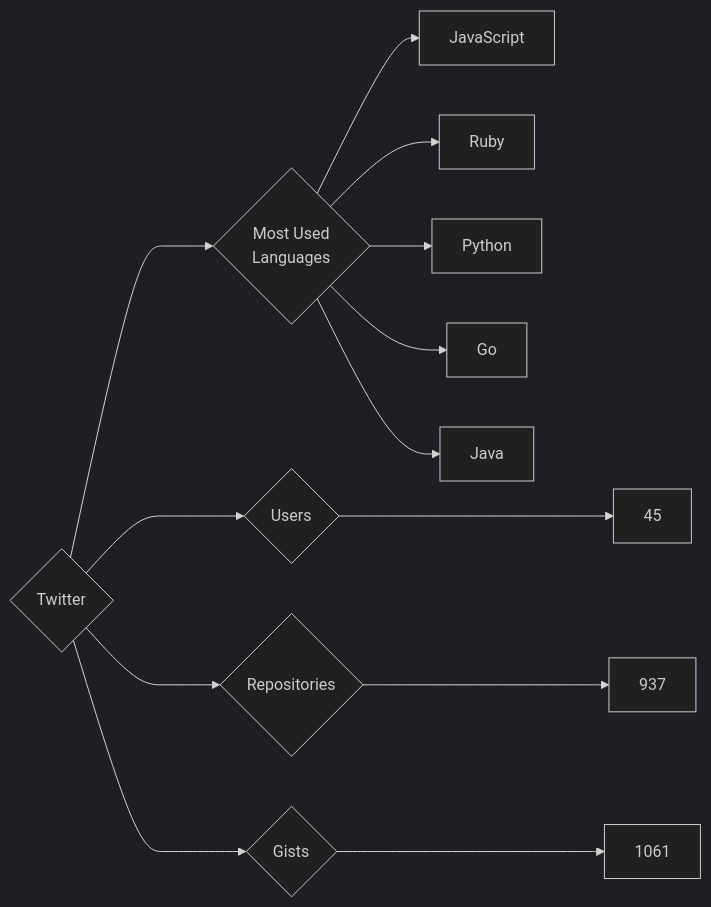
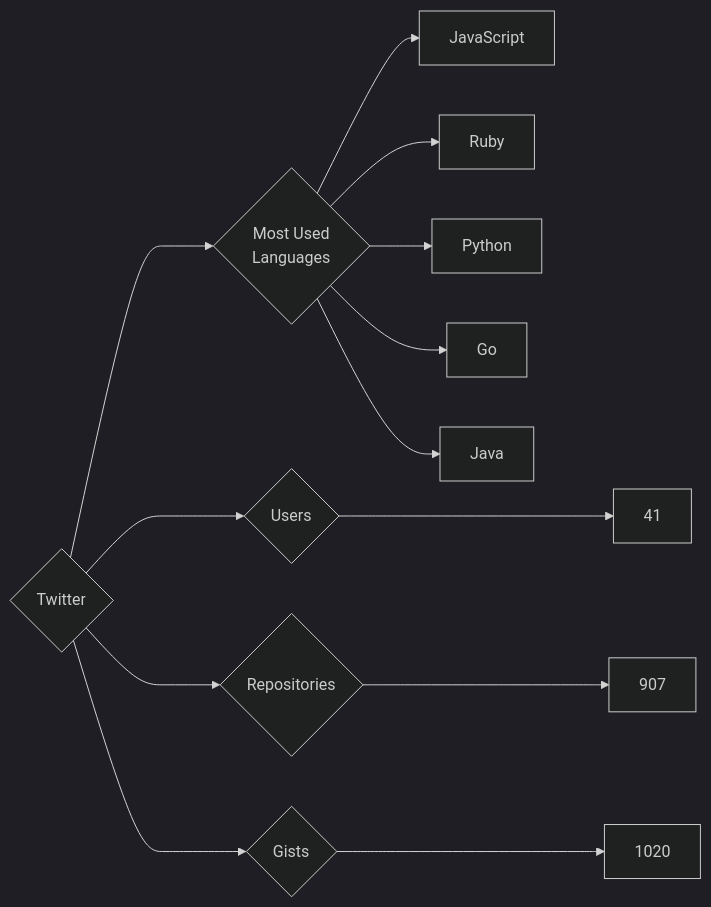
One commit to trickest/insiders changed the diagram in targets/Twitter/README.md. Above: the diagram before and after it, drawn with Mermaid (dark theme). The commit also changed 969 other files, not shown here.

````diff
--- a/targets/Twitter/README.md
+++ b/targets/Twitter/README.md
@@ -3,13 +3,13 @@
 ```mermaid
 graph LR
 COMPANY_NAME{Twitter}
-COMPANY_NAME ---> U{Users} ---> UN[45]
-COMPANY_NAME ---> R{Repositories} ---> RN[937]
-COMPANY_NAME ---> G{Gists} ---> GN[1061]
+COMPANY_NAME ---> U{Users} ---> UN[41]
+COMPANY_NAME ---> R{Repositories} ---> RN[907]
+COMPANY_NAME ---> G{Gists} ---> GN[1020]
 COMPANY_NAME ---> ML{Most Used<br>Languages}
 ML --> JavaScript[JavaScript]
 ML --> Ruby[Ruby]
 ML --> Python[Python]
 ML --> Go[Go]
 ML --> Java[Java]
 ```
````
